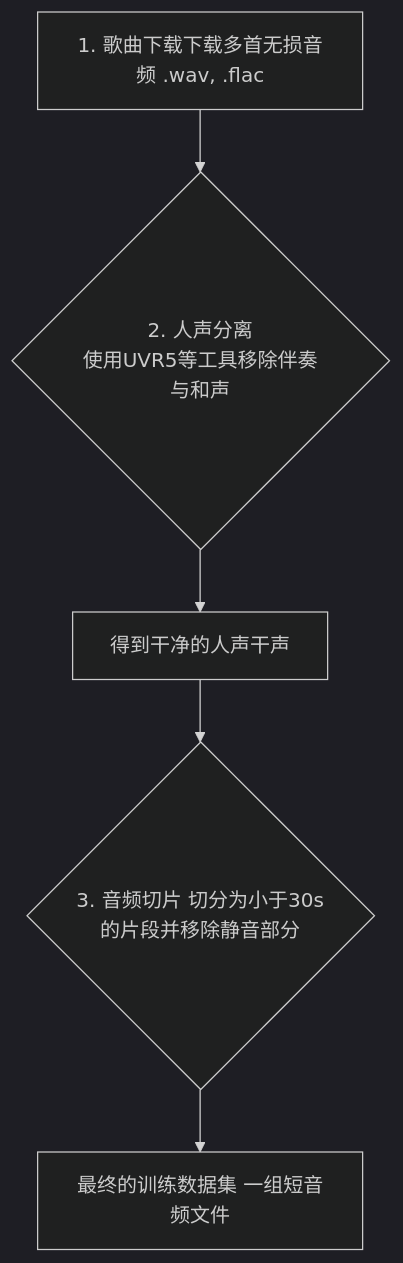
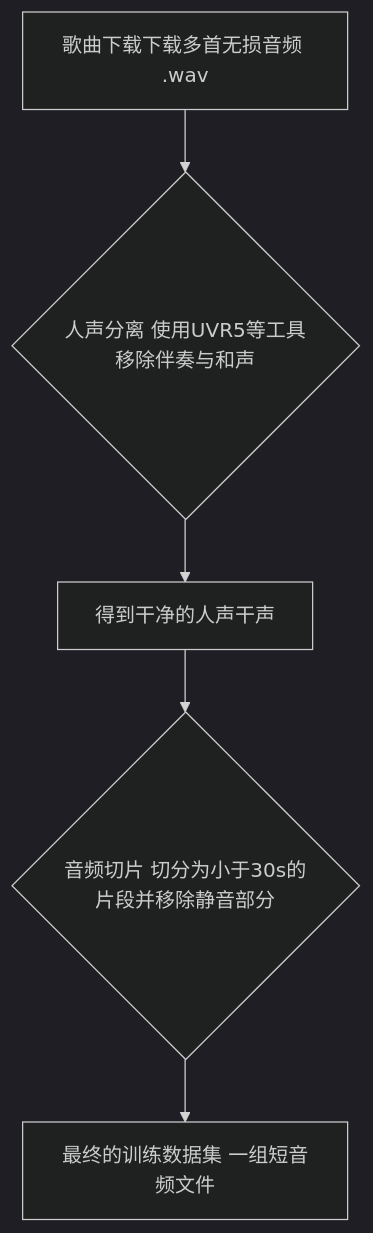
Before and after one commit to liqilun1008/sovitsvrc: the first of 3 diagrams in README.md, drawn with Mermaid (dark theme).

````diff
--- a/README.md
+++ b/README.md
@@ -17,7 +17,7 @@
 ```mermaid
 graph TD
-    A[1. 歌曲下载下载多首无损音频 .wav, .flac] --> B{2. 人声分离<br>使用UVR5等工具移除伴奏与和声};
+    A[歌曲下载下载多首无损音频 .wav] --> B{人声分离 使用UVR5等工具移除伴奏与和声};
     B --> C[得到干净的人声干声];
-    C --> D{3. 音频切片 切分为小于30s的片段并移除静音部分};
+    C --> D{音频切片 切分为小于30s的片段并移除静音部分};
     D --> E[最终的训练数据集 一组短音频文件];
 ```
````
